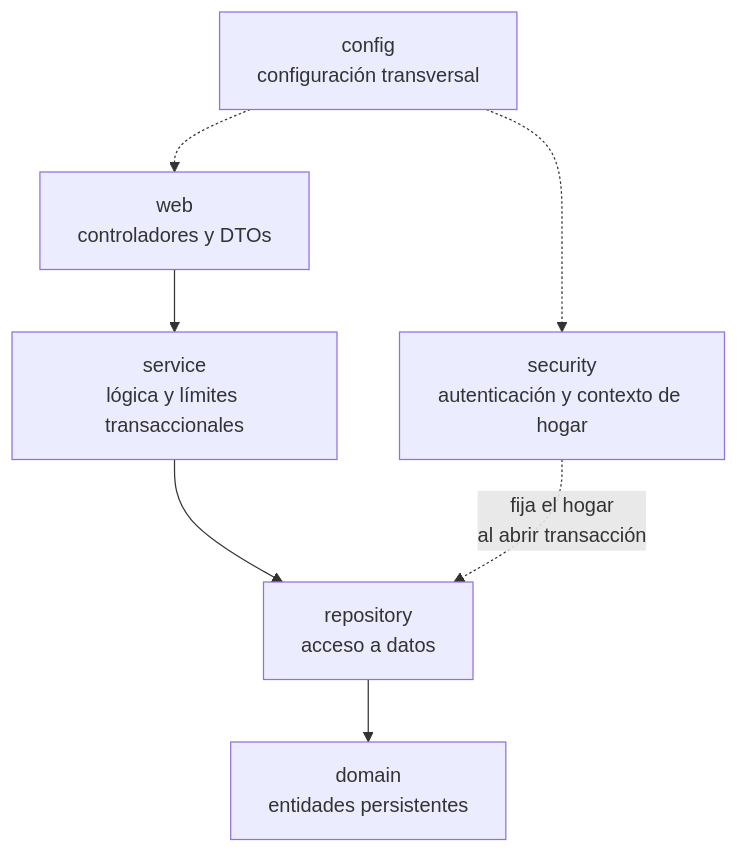
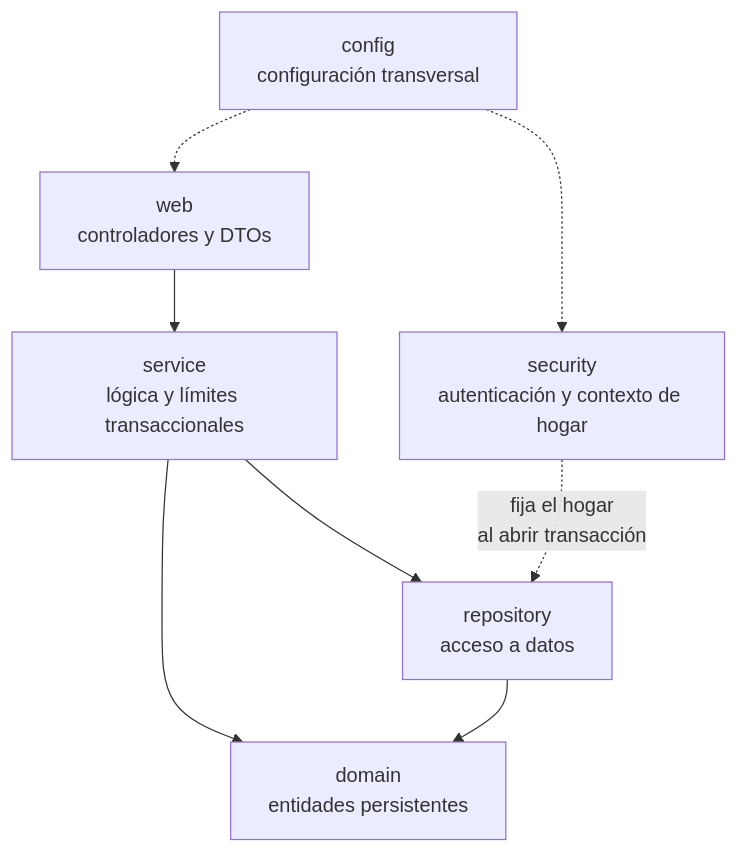
One commit to patorinaldi/gastos changed the fourth of 19 diagrams in docs/diagramas.md. Above: the diagram before and after it, drawn with Mermaid. The commit also changed other lines of this file and 1 other file, not shown here.

````diff
--- a/docs/diagramas.md
+++ b/docs/diagramas.md
@@ -274,16 +275,17 @@
 ```mermaid
 flowchart TB
     WEB["web<br/>controladores y DTOs"]
     SVC["service<br/>lógica y límites transaccionales"]
     REP["repository<br/>acceso a datos"]
     DOM["domain<br/>entidades persistentes"]
     SEC["security<br/>autenticación y contexto de hogar"]
     CFG["config<br/>configuración transversal"]
 
     WEB --> SVC
     SVC --> REP
+    SVC --> DOM
     REP --> DOM
     SEC -.->|"fija el hogar<br/>al abrir transacción"| REP
     CFG -.-> WEB
     CFG -.-> SEC
 ```
````
